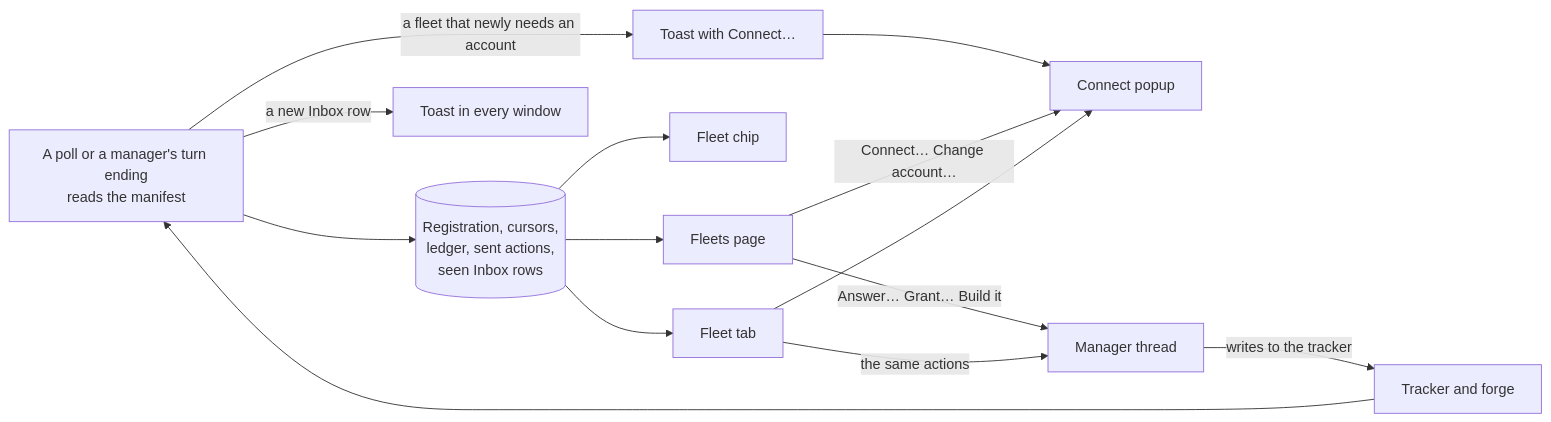
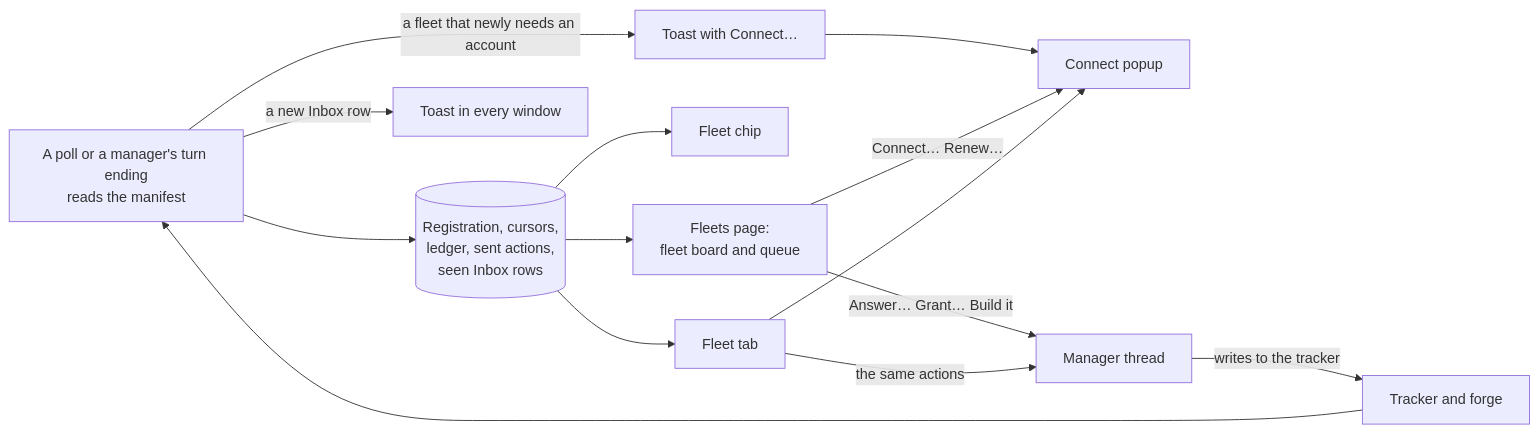
One commit to gperezmz/bb-plugins changed the diagram in docs/reference/unattendish-dashboard.md. Above: the diagram before and after it, drawn with Mermaid. The commit also changed other lines of this file and 5 other files, not shown here.

First line of the commit message:
docs(unattendish-sdlc): describe the fleet board and queue

````diff
--- a/docs/reference/unattendish-dashboard.md
+++ b/docs/reference/unattendish-dashboard.md
@@ -3,16 +3,16 @@
 ```mermaid
 flowchart LR
   poll["A poll or a manager's turn ending<br/>reads the manifest"] --> state[("Registration, cursors,<br/>ledger, sent actions,<br/>seen Inbox rows")]
-  state --> page["Fleets page"]
+  state --> page["Fleets page:<br/>fleet board and queue"]
   state --> chip["Fleet chip"]
   state --> tab["Fleet tab"]
   poll -->|a new Inbox row| toast["Toast in every window"]
   poll -->|a fleet that newly needs an account| needs["Toast with Connect…"]
   needs --> connect["Connect popup"]
-  page -->|Connect… Change account…| connect
+  page -->|Connect… Renew…| connect
   tab --> connect
   page -->|Answer… Grant… Build it| manager["Manager thread"]
   tab -->|the same actions| manager
   manager -->|writes to the tracker| service["Tracker and forge"]
   service --> poll
 ```
````
